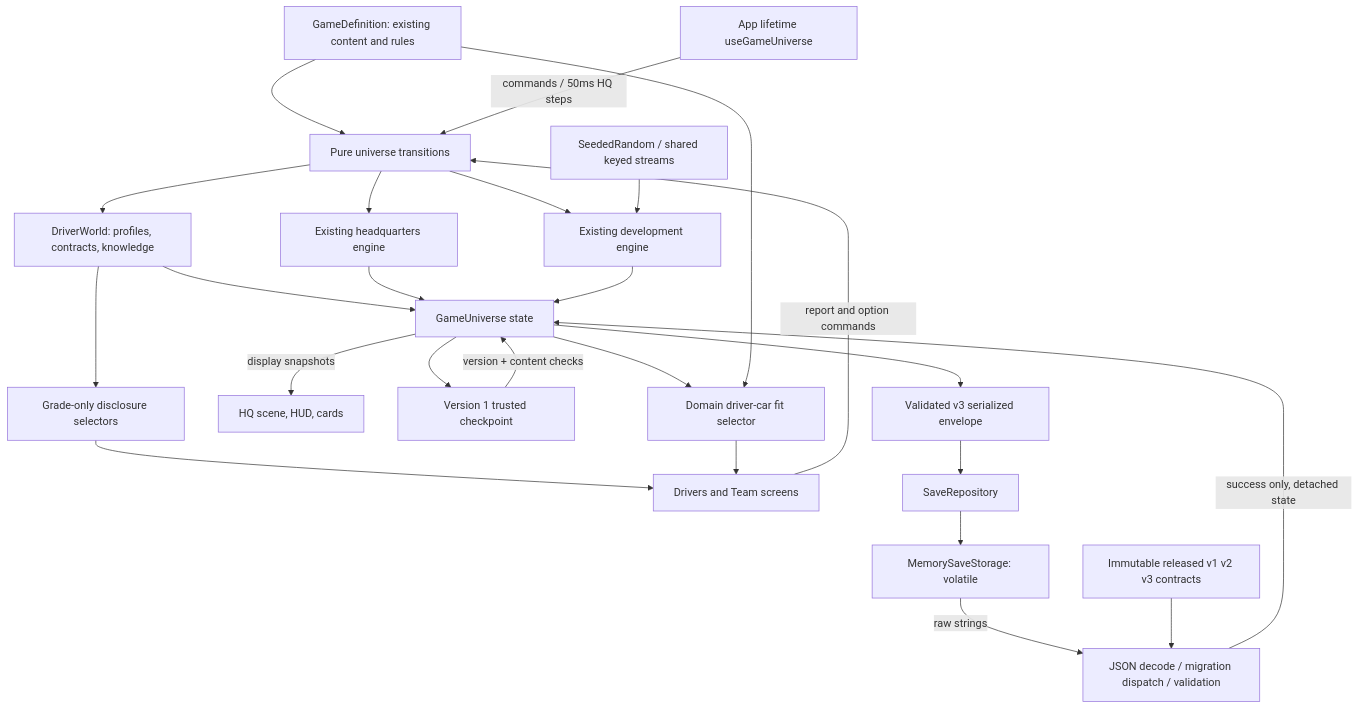
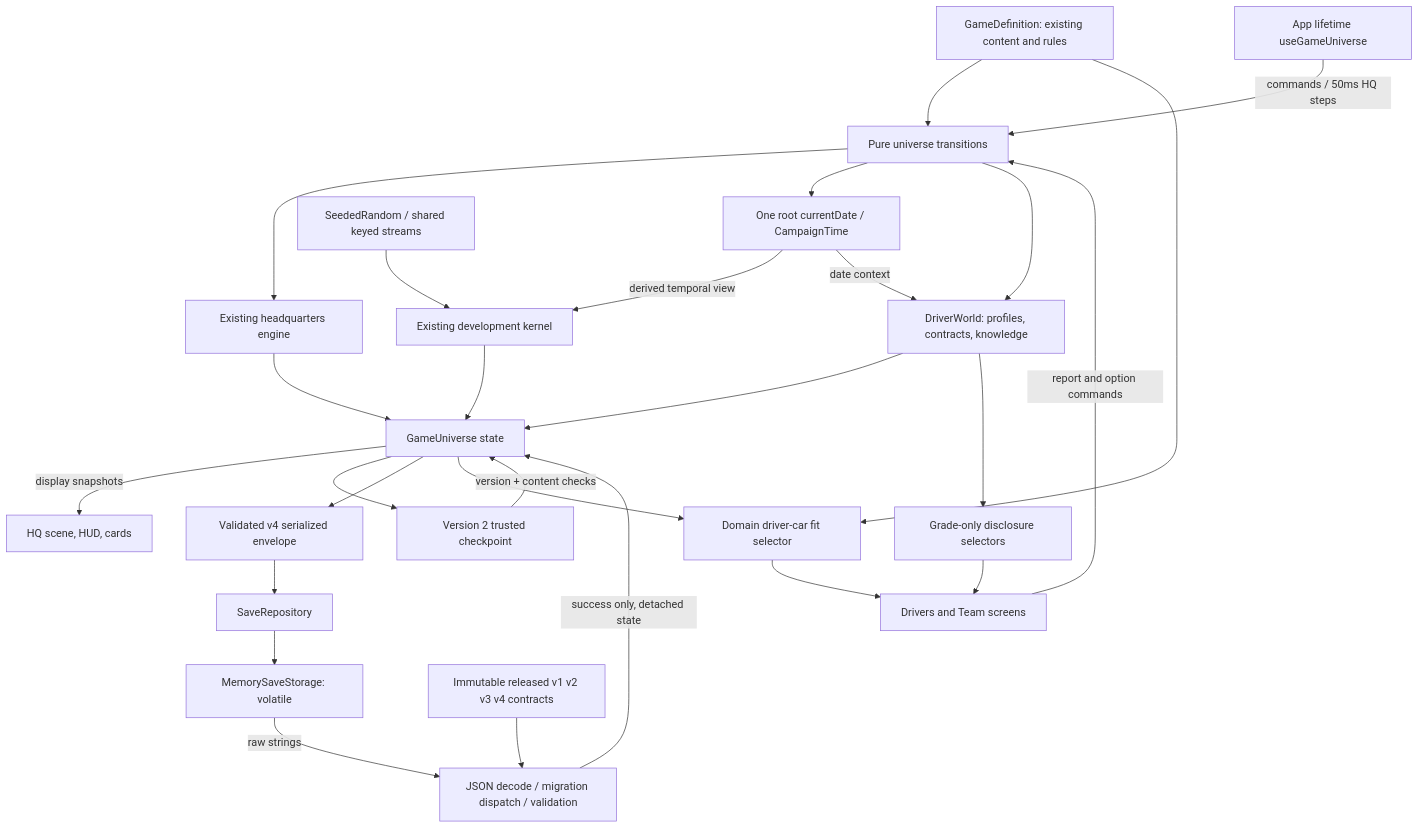
The diagram in docs/SYSTEM_MAP.md (BoosterGold85/FormulaTycoon), drawn with Mermaid before and after one commit. The commit also changed other lines of this file and 52 other files, not shown here.

Commit message:
feat: establish single campaign date and migrate saves to v4

````diff
--- a/docs/SYSTEM_MAP.md
+++ b/docs/SYSTEM_MAP.md
@@ -5,27 +5,29 @@
 ```mermaid
 flowchart TD
     Definition[GameDefinition: existing content and rules] --> Universe[Pure universe transitions]
     Universe --> HQ[Existing headquarters engine]
-    Universe --> Dev[Existing development engine]
+    Universe --> Clock[One root currentDate / CampaignTime]
+    Clock -->|derived temporal view| Dev[Existing development kernel]
+    Clock -->|date context| Drivers
     Universe --> Drivers[DriverWorld: profiles, contracts, knowledge]
     Drivers --> State
     Drivers --> Disclosure[Grade-only disclosure selectors]
     Disclosure --> DriverUI[Drivers and Team screens]
     DriverUI -->|report and option commands| Universe
     HQ --> State[GameUniverse state]
     Dev --> State
     App[App lifetime useGameUniverse] -->|commands / 50ms HQ steps| Universe
     State -->|display snapshots| UI[HQ scene, HUD, cards]
-    State --> Checkpoint[Version 1 trusted checkpoint]
+    State --> Checkpoint[Version 2 trusted checkpoint]
     Checkpoint -->|version + content checks| State
-    State --> Envelope[Validated v3 serialized envelope]
+    State --> Envelope[Validated v4 serialized envelope]
     Envelope --> Repo[SaveRepository]
     Repo --> Memory[MemorySaveStorage: volatile]
     Memory -->|raw strings| Decode[JSON decode / migration dispatch / validation]
-    Frozen[Immutable released v1 v2 v3 contracts] --> Decode
+    Frozen[Immutable released v1 v2 v3 v4 contracts] --> Decode
     State --> Fit[Domain driver-car fit selector]
     Definition --> Fit
     Fit --> DriverUI
     Decode -->|success only, detached state| State
     RNG[SeededRandom / shared keyed streams] --> Dev
 ```
````
